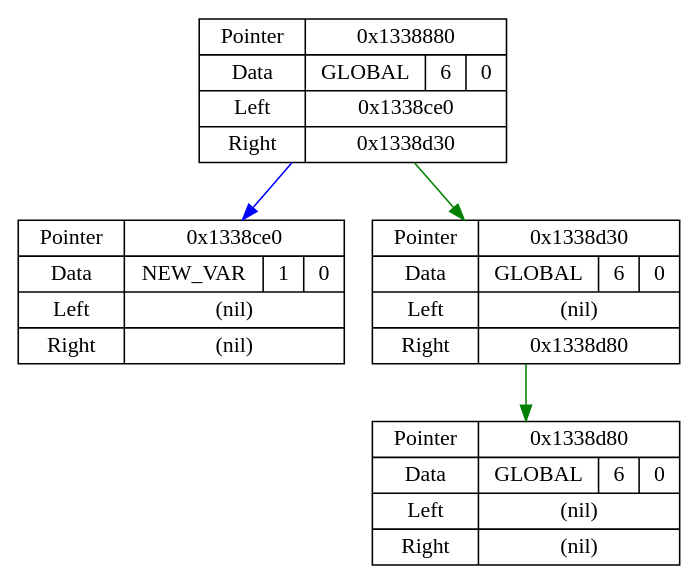
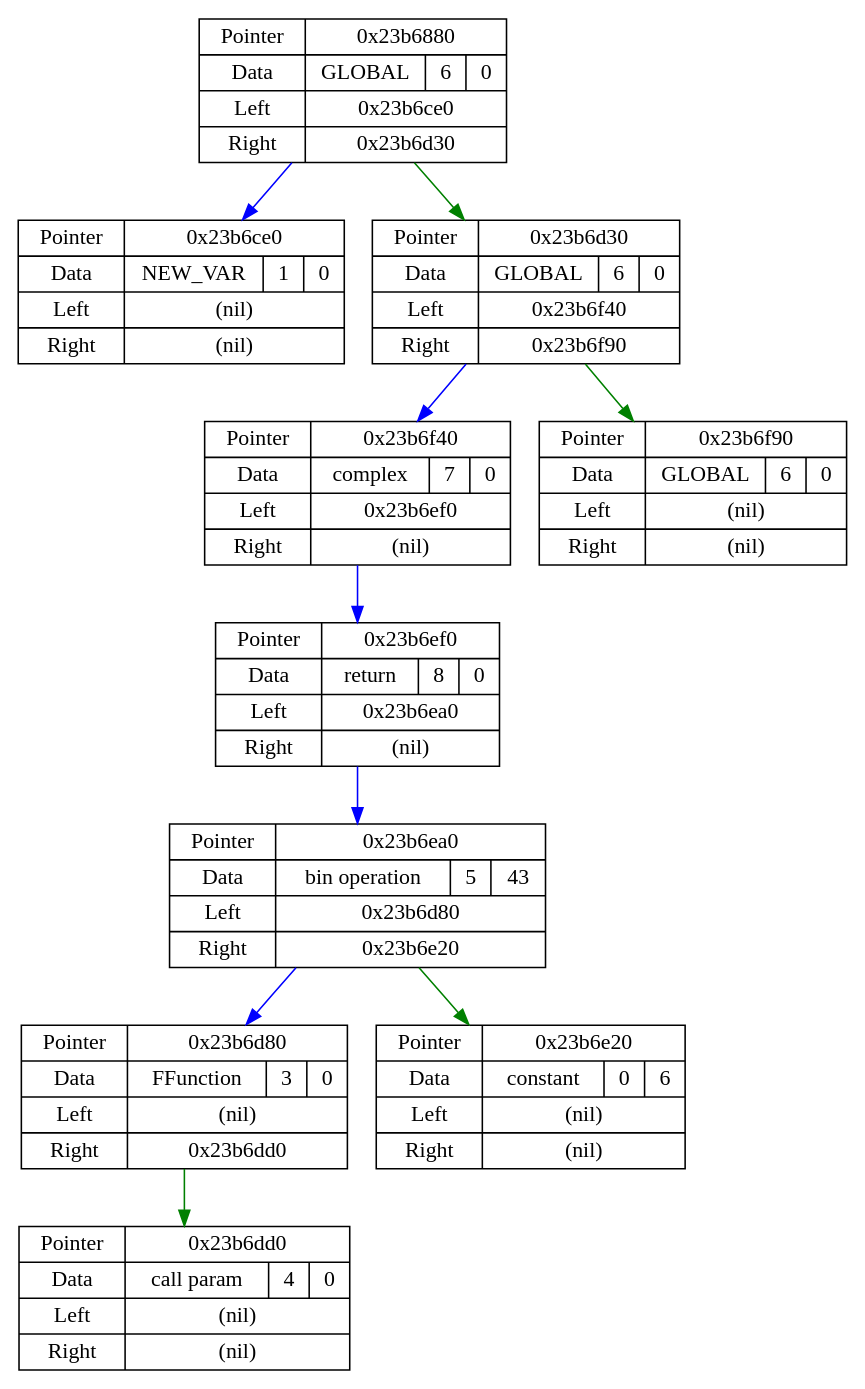
Before and after one commit to E3798211/JIT: the diagram in Junk/dotdata.dot, drawn with Graphviz. The commit also changed 4 other files, not shown here.

```diff
--- a/Junk/dotdata.dot
+++ b/Junk/dotdata.dot
@@ -1,10 +1,22 @@
 digraph G {
 node[shape = record];
-20154496  [label = "{ Pointer | Data | Left | Right }  | { 0x1338880 | { GLOBAL | 6 | 0 } | 0x1338ce0 | 0x1338d30 }"];
-20155616  [label = "{ Pointer | Data | Left | Right }  | { 0x1338ce0 | { NEW_VAR | 1 | 0 } | (nil) | (nil) }"];
-20155696  [label = "{ Pointer | Data | Left | Right }  | { 0x1338d30 | { GLOBAL | 6 | 0 } | (nil) | 0x1338d80 }"];
-20155776  [label = "{ Pointer | Data | Left | Right }  | { 0x1338d80 | { GLOBAL | 6 | 0 } | (nil) | (nil) }"];
-20154496 -> 20155616 [color = blue];
-20154496 -> 20155696 [color = green];
-20155696 -> 20155776 [color = green];
+37447808  [label = "{ Pointer | Data | Left | Right }  | { 0x23b6880 | { GLOBAL | 6 | 0 } | 0x23b6ce0 | 0x23b6d30 }"];
+37448928  [label = "{ Pointer | Data | Left | Right }  | { 0x23b6ce0 | { NEW_VAR | 1 | 0 } | (nil) | (nil) }"];
+37449008  [label = "{ Pointer | Data | Left | Right }  | { 0x23b6d30 | { GLOBAL | 6 | 0 } | 0x23b6f40 | 0x23b6f90 }"];
+37449536  [label = "{ Pointer | Data | Left | Right }  | { 0x23b6f40 | { complex | 7 | 0 } | 0x23b6ef0 | (nil) }"];
+37449456  [label = "{ Pointer | Data | Left | Right }  | { 0x23b6ef0 | { return | 8 | 0 } | 0x23b6ea0 | (nil) }"];
+37449376  [label = "{ Pointer | Data | Left | Right }  | { 0x23b6ea0 | { bin operation | 5 | 43 } | 0x23b6d80 | 0x23b6e20 }"];
+37449088  [label = "{ Pointer | Data | Left | Right }  | { 0x23b6d80 | { FFunction | 3 | 0 } | (nil) | 0x23b6dd0 }"];
+37449168  [label = "{ Pointer | Data | Left | Right }  | { 0x23b6dd0 | { call param | 4 | 0 } | (nil) | (nil) }"];
+37449248  [label = "{ Pointer | Data | Left | Right }  | { 0x23b6e20 | { constant | 0 | 6 } | (nil) | (nil) }"];
+37449616  [label = "{ Pointer | Data | Left | Right }  | { 0x23b6f90 | { GLOBAL | 6 | 0 } | (nil) | (nil) }"];
+37447808 -> 37448928 [color = blue];
+37447808 -> 37449008 [color = green];
+37449008 -> 37449536 [color = blue];
+37449008 -> 37449616 [color = green];
+37449536 -> 37449456 [color = blue];
+37449456 -> 37449376 [color = blue];
+37449376 -> 37449088 [color = blue];
+37449376 -> 37449248 [color = green];
+37449088 -> 37449168 [color = green];
 }
```
